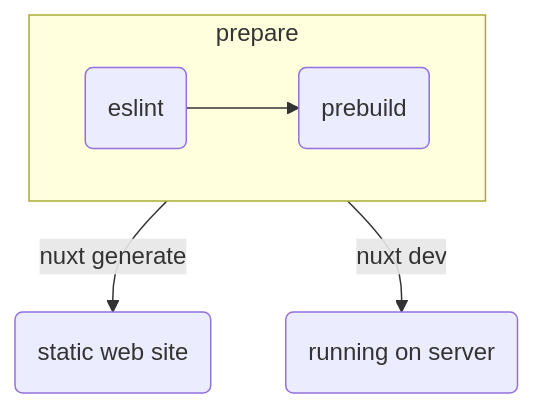
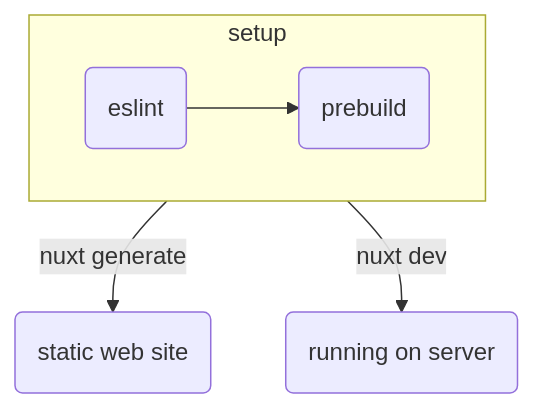
Before and after one commit to mouseless/learn-nuxt: the diagram in build-and-run.md, drawn with Mermaid. The commit also changed other lines of this file, not shown here.

Commit message:
update process documentation

````diff
--- a/build-and-run.md
+++ b/build-and-run.md
@@ -39,9 +39,9 @@
 ```mermaid
 flowchart TB
-    subgraph prepare[prepare]
+    subgraph setup[setup]
         direction LR
         E(eslint) --> P(prebuild)
     end
-    prepare -->|nuxt generate| SWS(static web site)
-    prepare -->|nuxt dev| OS(running on server)
+    setup -->|nuxt generate| SWS(static web site)
+    setup -->|nuxt dev| OS(running on server)
 ```
````
